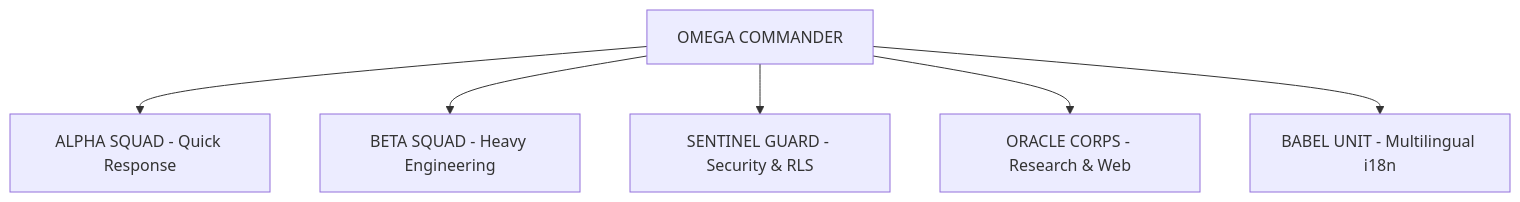
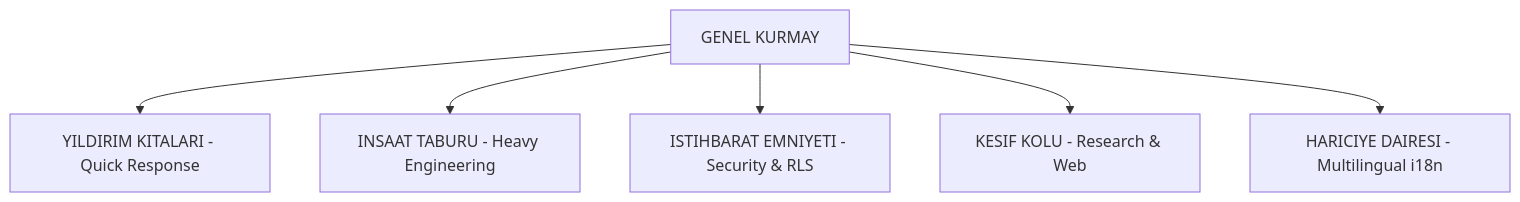
The diagram in .agents/SWARM_DOCTRINE.md (quantummatrixcore-lab/alparai), drawn with Mermaid before and after one commit. The commit also changed other lines of this file and 6 other files, not shown here.

````diff
--- a/.agents/SWARM_DOCTRINE.md
+++ b/.agents/SWARM_DOCTRINE.md
@@ -24,8 +24,8 @@
 ```mermaid
 graph TD
-    OMEGA[OMEGA COMMANDER] --> ALPHA[ALPHA SQUAD - Quick Response]
-    OMEGA --> BETA[BETA SQUAD - Heavy Engineering]
-    OMEGA --> SENTINEL[SENTINEL GUARD - Security & RLS]
-    OMEGA --> ORACLE[ORACLE CORPS - Research & Web]
-    OMEGA --> BABEL[BABEL UNIT - Multilingual i18n]
+    OMEGA[GENEL KURMAY] --> ALPHA[YILDIRIM KITALARI - Quick Response]
+    OMEGA --> BETA[INSAAT TABURU - Heavy Engineering]
+    OMEGA --> SENTINEL[ISTIHBARAT EMNIYETI - Security & RLS]
+    OMEGA --> ORACLE[KESIF KOLU - Research & Web]
+    OMEGA --> BABEL[HARICIYE DAIRESI - Multilingual i18n]
 ```
````
